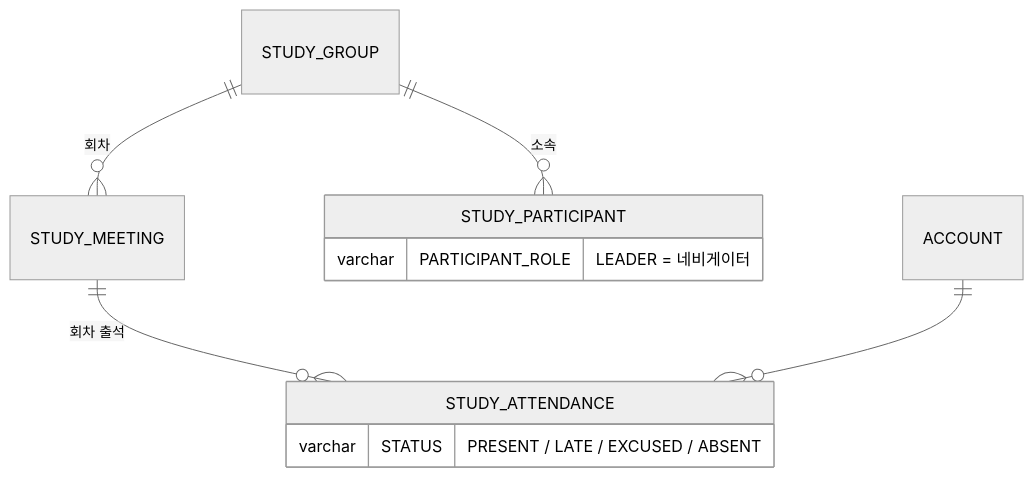
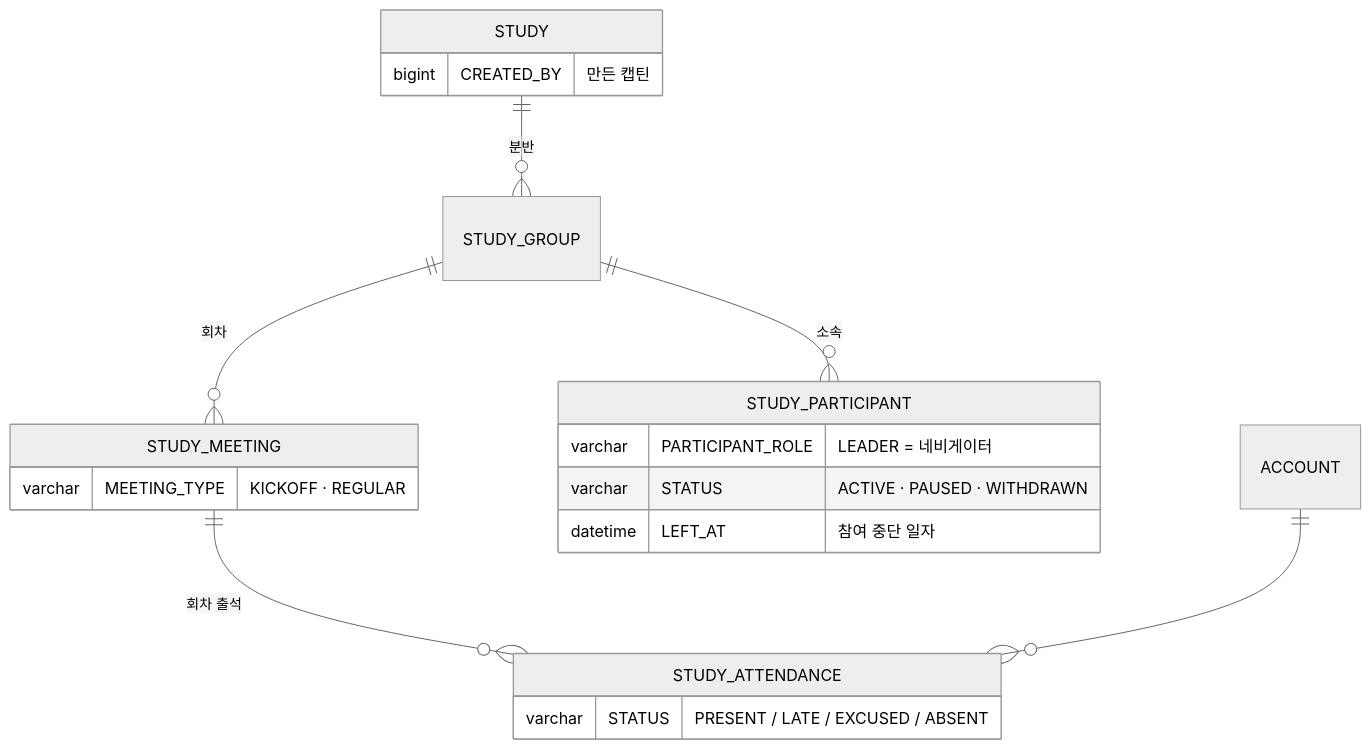
One commit to StudyClub-PlusPlus/studyclub-engineering changed the second of 2 diagrams in planning/stories/navigator-edit-attendance/PRD.md. Above: the diagram before and after it, drawn with Mermaid (neutral theme). The commit also changed other lines of this file, not shown here.

````diff
--- a/planning/stories/navigator-edit-attendance/PRD.md
+++ b/planning/stories/navigator-edit-attendance/PRD.md
@@ -98,13 +119,22 @@
 ```mermaid
 erDiagram
+  STUDY ||--o{ STUDY_GROUP : "분반"
   STUDY_GROUP ||--o{ STUDY_MEETING : "회차"
   STUDY_GROUP ||--o{ STUDY_PARTICIPANT : "소속"
   STUDY_MEETING ||--o{ STUDY_ATTENDANCE : "회차 출석"
   ACCOUNT ||--o{ STUDY_ATTENDANCE : ""
+  STUDY {
+    bigint CREATED_BY "만든 캡틴"
+  }
+  STUDY_MEETING {
+    varchar MEETING_TYPE "KICKOFF · REGULAR"
+  }
   STUDY_ATTENDANCE {
     varchar STATUS "PRESENT / LATE / EXCUSED / ABSENT"
   }
   STUDY_PARTICIPANT {
     varchar PARTICIPANT_ROLE "LEADER = 네비게이터"
+    varchar STATUS "ACTIVE · PAUSED · WITHDRAWN"
+    datetime LEFT_AT "참여 중단 일자"
   }
 ```
````
